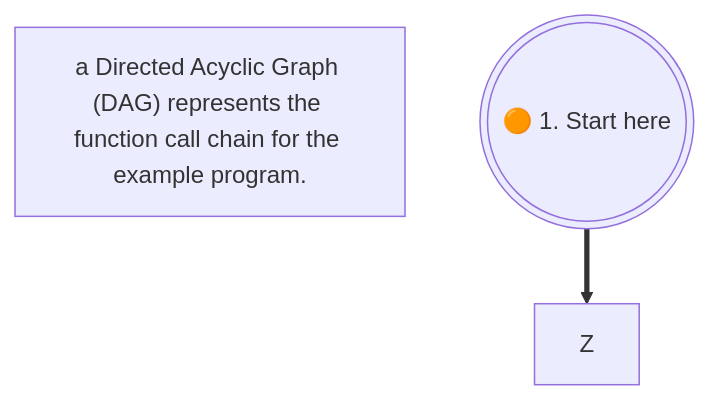
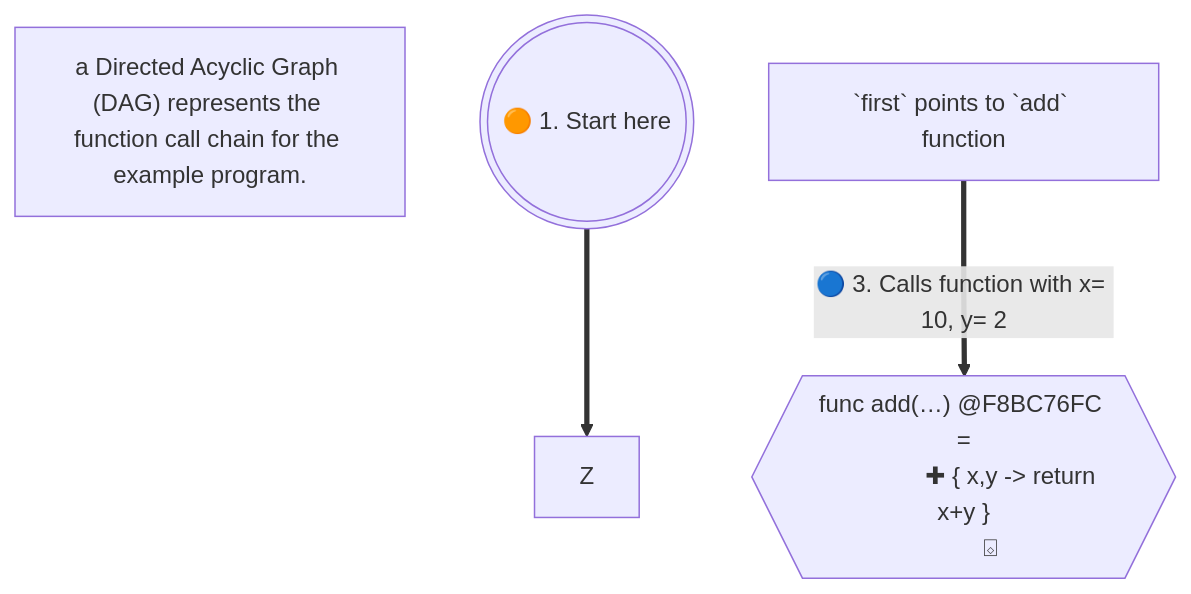
One commit to realityexpander/How_to_program_from_ground_up changed the first of 2 diagrams in 10-FunctionalProgramming.md. Above: the diagram before and after it, drawn with Mermaid.

Commit message:
improve diagram

````diff
--- a/10-FunctionalProgramming.md
+++ b/10-FunctionalProgramming.md
@@ -50,7 +50,11 @@
 ```mermaid
 flowchart TB
 
     note["`a Directed Acyclic Graph (DAG) represents the function call chain for the example program.`"]
 
     start((("🟠 1. Start here"))) ==> Z
+
+    X[" `first` points to `add` function "] ==>|🔵 3. Calls function with x= 10, y= 2| addFn{{" func add(…) @F8BC76FC =
+               ✚ { x,y -> return x+y }
+        ⌺"}}
 ```
````
